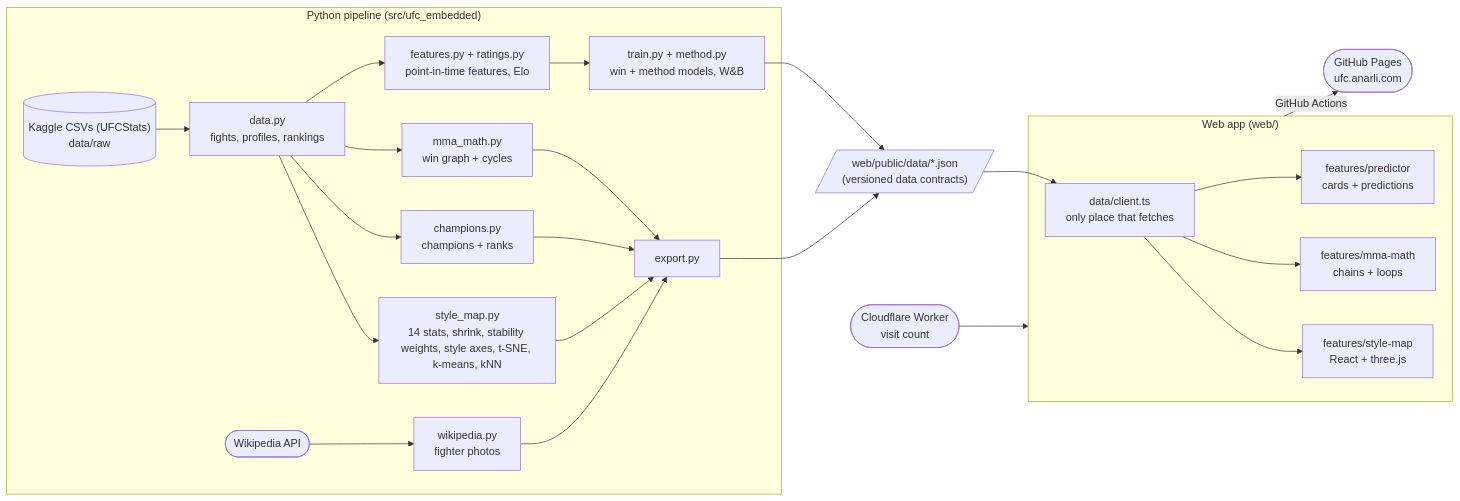
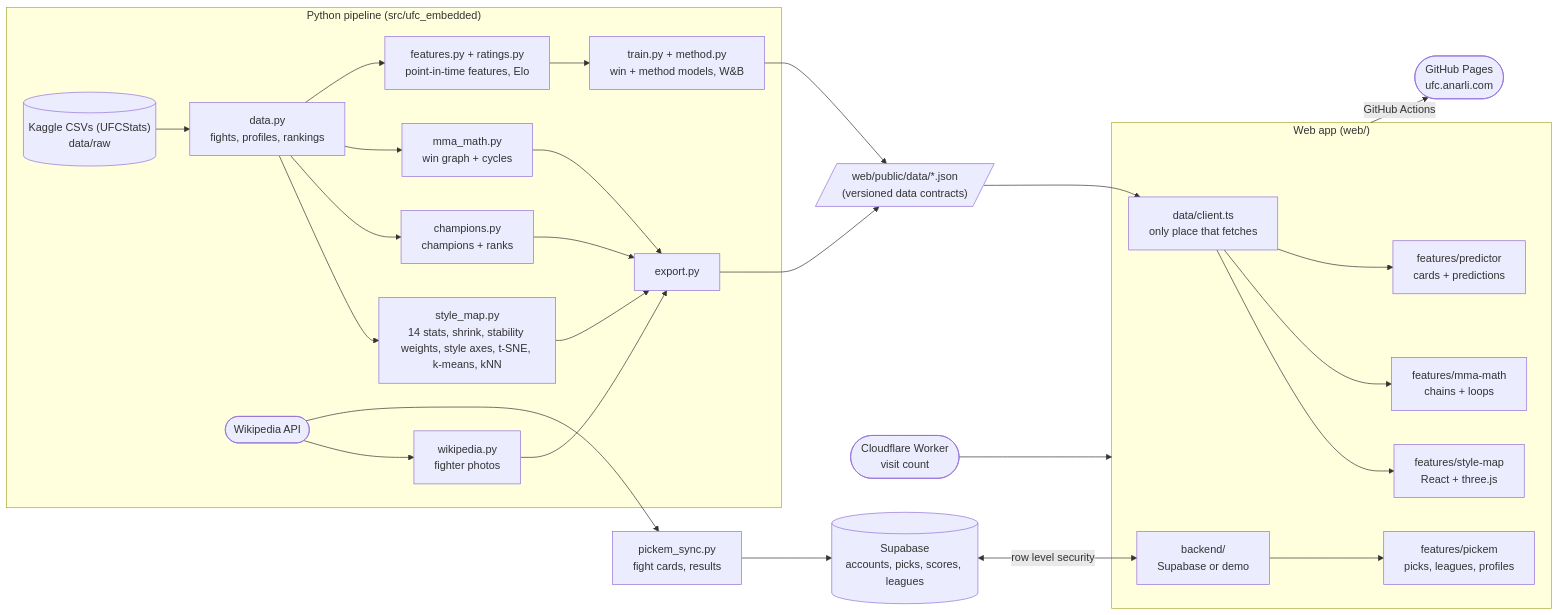
One commit to abbasly/ufc_embedded changed the diagram in README.md. Above: the diagram before and after it, drawn with Mermaid. The commit also changed other lines of this file and 5 other files, not shown here.

````diff
--- a/README.md
+++ b/README.md
@@ -193,30 +211,34 @@
 ```mermaid
 flowchart LR
     subgraph py["Python pipeline (src/ufc_embedded)"]
         raw[("Kaggle CSVs (UFCStats)<br/>data/raw")] --> data["data.py<br/>fights, profiles, rankings"]
         data --> sm["style_map.py<br/>14 stats, shrink, stability weights, style axes, t-SNE, k-means, kNN"]
         data --> champs["champions.py<br/>champions + ranks"]
         wiki(["Wikipedia API"]) --> photos["wikipedia.py<br/>fighter photos"]
         data --> mma["mma_math.py<br/>win graph + cycles"]
         data --> pit["features.py + ratings.py<br/>point-in-time features, Elo"]
         pit --> train["train.py + method.py<br/>win + method models, W&B"]
         sm --> export["export.py"]
         champs --> export
         photos --> export
         mma --> export
     end
 
     train --> json
 
     export --> json[/"web/public/data/*.json<br/>(versioned data contracts)"/]
 
     subgraph web["Web app (web/)"]
         client["data/client.ts<br/>only place that fetches"] --> feat["features/style-map<br/>React + three.js"]
         client --> mmaui["features/mma-math<br/>chains + loops"]
         client --> predui["features/predictor<br/>cards + predictions"]
+        backend["backend/<br/>Supabase or demo"] --> pickui["features/pickem<br/>picks, leagues, profiles"]
     end
 
     json --> client
     web -->|"GitHub Actions"| pages(["GitHub Pages<br/>ufc.anarli.com"])
     worker(["Cloudflare Worker<br/>visit count"]) --> web
+    wiki --> sync["pickem_sync.py<br/>fight cards, results"]
+    sync --> supa[("Supabase<br/>accounts, picks, scores, leagues")]
+    supa <-->|"row level security"| backend
 ```
````
